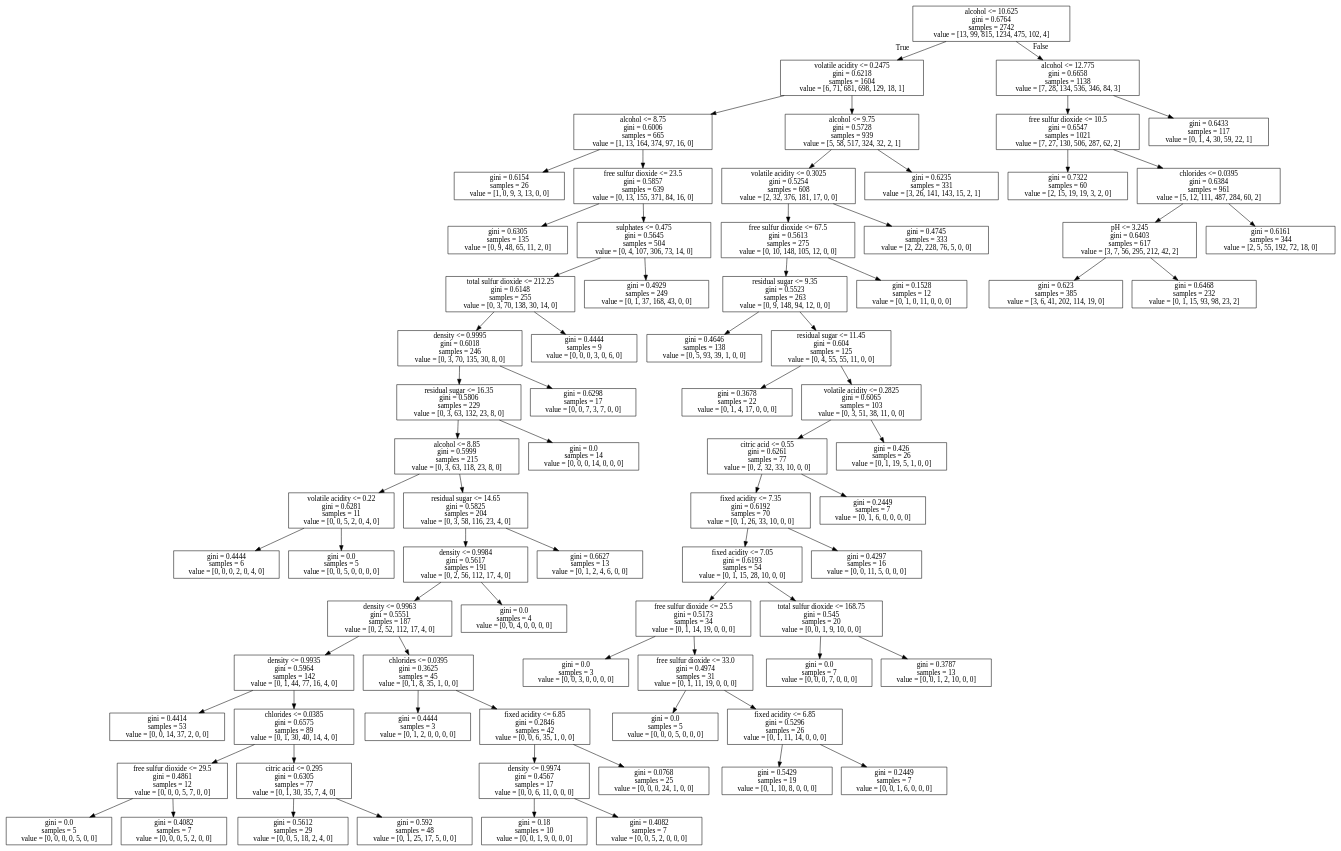
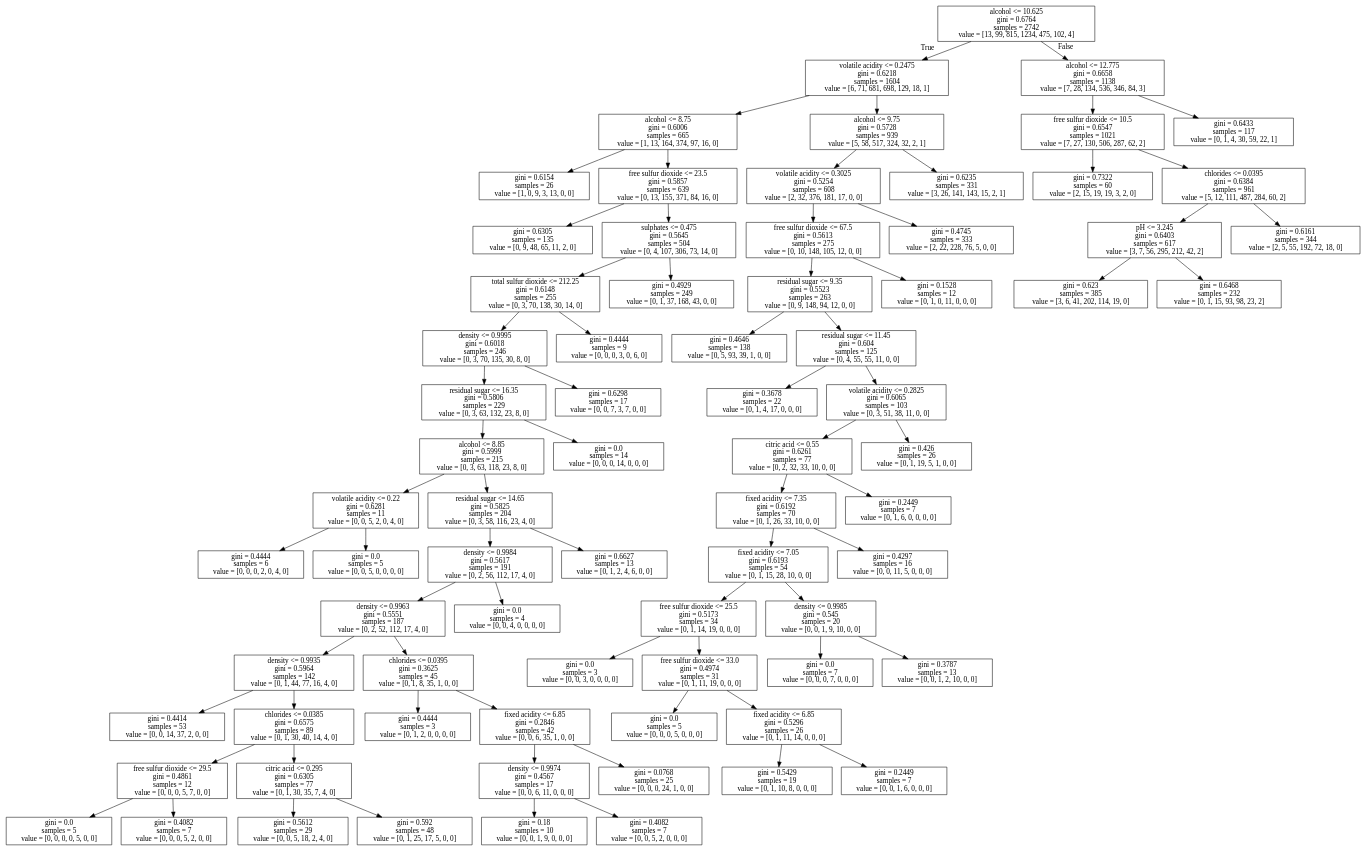
Before and after one commit to mlefkovitz/Supervised-Learning: the diagram in Wine/Wine2pruned.dot, drawn with Graphviz. The commit also changed 95 other files, not shown here.

```diff
--- a/Wine/Wine2pruned.dot
+++ b/Wine/Wine2pruned.dot
@@ -1,152 +1,152 @@
 digraph Tree {
 node [shape=box] ;
 0 [label="alcohol <= 10.625\ngini = 0.6764\nsamples = 2742\nvalue = [13, 99, 815, 1234, 475, 102, 4]"] ;
 1 [label="volatile acidity <= 0.2475\ngini = 0.6218\nsamples = 1604\nvalue = [6, 71, 681, 698, 129, 18, 1]"] ;
 0 -> 1 [labeldistance=2.5, labelangle=45, headlabel="True"] ;
 2 [label="alcohol <= 8.75\ngini = 0.6006\nsamples = 665\nvalue = [1, 13, 164, 374, 97, 16, 0]"] ;
 1 -> 2 ;
 3 [label="gini = 0.6154\nsamples = 26\nvalue = [1, 0, 9, 3, 13, 0, 0]"] ;
 2 -> 3 ;
 16 [label="free sulfur dioxide <= 23.5\ngini = 0.5857\nsamples = 639\nvalue = [0, 13, 155, 371, 84, 16, 0]"] ;
 2 -> 16 ;
 17 [label="gini = 0.6305\nsamples = 135\nvalue = [0, 9, 48, 65, 11, 2, 0]"] ;
 16 -> 17 ;
 102 [label="sulphates <= 0.475\ngini = 0.5645\nsamples = 504\nvalue = [0, 4, 107, 306, 73, 14, 0]"] ;
 16 -> 102 ;
 103 [label="total sulfur dioxide <= 212.25\ngini = 0.6148\nsamples = 255\nvalue = [0, 3, 70, 138, 30, 14, 0]"] ;
 102 -> 103 ;
 104 [label="density <= 0.9995\ngini = 0.6018\nsamples = 246\nvalue = [0, 3, 70, 135, 30, 8, 0]"] ;
 103 -> 104 ;
 105 [label="residual sugar <= 16.35\ngini = 0.5806\nsamples = 229\nvalue = [0, 3, 63, 132, 23, 8, 0]"] ;
 104 -> 105 ;
 106 [label="alcohol <= 8.85\ngini = 0.5999\nsamples = 215\nvalue = [0, 3, 63, 118, 23, 8, 0]"] ;
 105 -> 106 ;
 107 [label="volatile acidity <= 0.22\ngini = 0.6281\nsamples = 11\nvalue = [0, 0, 5, 2, 0, 4, 0]"] ;
 106 -> 107 ;
 108 [label="gini = 0.4444\nsamples = 6\nvalue = [0, 0, 0, 2, 0, 4, 0]"] ;
 107 -> 108 ;
 111 [label="gini = 0.0\nsamples = 5\nvalue = [0, 0, 5, 0, 0, 0, 0]"] ;
 107 -> 111 ;
 112 [label="residual sugar <= 14.65\ngini = 0.5825\nsamples = 204\nvalue = [0, 3, 58, 116, 23, 4, 0]"] ;
 106 -> 112 ;
 113 [label="density <= 0.9984\ngini = 0.5617\nsamples = 191\nvalue = [0, 2, 56, 112, 17, 4, 0]"] ;
 112 -> 113 ;
 114 [label="density <= 0.9963\ngini = 0.5551\nsamples = 187\nvalue = [0, 2, 52, 112, 17, 4, 0]"] ;
 113 -> 114 ;
 115 [label="density <= 0.9935\ngini = 0.5964\nsamples = 142\nvalue = [0, 1, 44, 77, 16, 4, 0]"] ;
 114 -> 115 ;
 116 [label="gini = 0.4414\nsamples = 53\nvalue = [0, 0, 14, 37, 2, 0, 0]"] ;
 115 -> 116 ;
 151 [label="chlorides <= 0.0385\ngini = 0.6575\nsamples = 89\nvalue = [0, 1, 30, 40, 14, 4, 0]"] ;
 115 -> 151 ;
 152 [label="free sulfur dioxide <= 29.5\ngini = 0.4861\nsamples = 12\nvalue = [0, 0, 0, 5, 7, 0, 0]"] ;
 151 -> 152 ;
 153 [label="gini = 0.0\nsamples = 5\nvalue = [0, 0, 0, 0, 5, 0, 0]"] ;
 152 -> 153 ;
 154 [label="gini = 0.4082\nsamples = 7\nvalue = [0, 0, 0, 5, 2, 0, 0]"] ;
 152 -> 154 ;
 159 [label="citric acid <= 0.295\ngini = 0.6305\nsamples = 77\nvalue = [0, 1, 30, 35, 7, 4, 0]"] ;
 151 -> 159 ;
 160 [label="gini = 0.5612\nsamples = 29\nvalue = [0, 0, 5, 18, 2, 4, 0]"] ;
 159 -> 160 ;
 181 [label="gini = 0.592\nsamples = 48\nvalue = [0, 1, 25, 17, 5, 0, 0]"] ;
 159 -> 181 ;
 210 [label="chlorides <= 0.0395\ngini = 0.3625\nsamples = 45\nvalue = [0, 1, 8, 35, 1, 0, 0]"] ;
 114 -> 210 ;
 211 [label="gini = 0.4444\nsamples = 3\nvalue = [0, 1, 2, 0, 0, 0, 0]"] ;
 210 -> 211 ;
 214 [label="fixed acidity <= 6.85\ngini = 0.2846\nsamples = 42\nvalue = [0, 0, 6, 35, 1, 0, 0]"] ;
 210 -> 214 ;
 215 [label="density <= 0.9974\ngini = 0.4567\nsamples = 17\nvalue = [0, 0, 6, 11, 0, 0, 0]"] ;
 214 -> 215 ;
 216 [label="gini = 0.18\nsamples = 10\nvalue = [0, 0, 1, 9, 0, 0, 0]"] ;
 215 -> 216 ;
 221 [label="gini = 0.4082\nsamples = 7\nvalue = [0, 0, 5, 2, 0, 0, 0]"] ;
 215 -> 221 ;
 224 [label="gini = 0.0768\nsamples = 25\nvalue = [0, 0, 0, 24, 1, 0, 0]"] ;
 214 -> 224 ;
 227 [label="gini = 0.0\nsamples = 4\nvalue = [0, 0, 4, 0, 0, 0, 0]"] ;
 113 -> 227 ;
 228 [label="gini = 0.6627\nsamples = 13\nvalue = [0, 1, 2, 4, 6, 0, 0]"] ;
 112 -> 228 ;
 237 [label="gini = 0.0\nsamples = 14\nvalue = [0, 0, 0, 14, 0, 0, 0]"] ;
 105 -> 237 ;
 238 [label="gini = 0.6298\nsamples = 17\nvalue = [0, 0, 7, 3, 7, 0, 0]"] ;
 104 -> 238 ;
 245 [label="gini = 0.4444\nsamples = 9\nvalue = [0, 0, 0, 3, 0, 6, 0]"] ;
 103 -> 245 ;
 248 [label="gini = 0.4929\nsamples = 249\nvalue = [0, 1, 37, 168, 43, 0, 0]"] ;
 102 -> 248 ;
 361 [label="alcohol <= 9.75\ngini = 0.5728\nsamples = 939\nvalue = [5, 58, 517, 324, 32, 2, 1]"] ;
 1 -> 361 ;
 362 [label="volatile acidity <= 0.3025\ngini = 0.5254\nsamples = 608\nvalue = [2, 32, 376, 181, 17, 0, 0]"] ;
 361 -> 362 ;
 363 [label="free sulfur dioxide <= 67.5\ngini = 0.5613\nsamples = 275\nvalue = [0, 10, 148, 105, 12, 0, 0]"] ;
 362 -> 363 ;
 364 [label="residual sugar <= 9.35\ngini = 0.5523\nsamples = 263\nvalue = [0, 9, 148, 94, 12, 0, 0]"] ;
 363 -> 364 ;
 365 [label="gini = 0.4646\nsamples = 138\nvalue = [0, 5, 93, 39, 1, 0, 0]"] ;
 364 -> 365 ;
-420 [label="residual sugar <= 11.45\ngini = 0.604\nsamples = 125\nvalue = [0, 4, 55, 55, 11, 0, 0]"] ;
-364 -> 420 ;
-421 [label="gini = 0.3678\nsamples = 22\nvalue = [0, 1, 4, 17, 0, 0, 0]"] ;
-420 -> 421 ;
-432 [label="volatile acidity <= 0.2825\ngini = 0.6065\nsamples = 103\nvalue = [0, 3, 51, 38, 11, 0, 0]"] ;
-420 -> 432 ;
-433 [label="citric acid <= 0.55\ngini = 0.6261\nsamples = 77\nvalue = [0, 2, 32, 33, 10, 0, 0]"] ;
-432 -> 433 ;
-434 [label="fixed acidity <= 7.35\ngini = 0.6192\nsamples = 70\nvalue = [0, 1, 26, 33, 10, 0, 0]"] ;
-433 -> 434 ;
-435 [label="fixed acidity <= 7.05\ngini = 0.6193\nsamples = 54\nvalue = [0, 1, 15, 28, 10, 0, 0]"] ;
+422 [label="residual sugar <= 11.45\ngini = 0.604\nsamples = 125\nvalue = [0, 4, 55, 55, 11, 0, 0]"] ;
+364 -> 422 ;
+423 [label="gini = 0.3678\nsamples = 22\nvalue = [0, 1, 4, 17, 0, 0, 0]"] ;
+422 -> 423 ;
+434 [label="volatile acidity <= 0.2825\ngini = 0.6065\nsamples = 103\nvalue = [0, 3, 51, 38, 11, 0, 0]"] ;
+422 -> 434 ;
+435 [label="citric acid <= 0.55\ngini = 0.6261\nsamples = 77\nvalue = [0, 2, 32, 33, 10, 0, 0]"] ;
 434 -> 435 ;
-436 [label="free sulfur dioxide <= 25.5\ngini = 0.5173\nsamples = 34\nvalue = [0, 1, 14, 19, 0, 0, 0]"] ;
+436 [label="fixed acidity <= 7.35\ngini = 0.6192\nsamples = 70\nvalue = [0, 1, 26, 33, 10, 0, 0]"] ;
 435 -> 436 ;
-437 [label="gini = 0.0\nsamples = 3\nvalue = [0, 0, 3, 0, 0, 0, 0]"] ;
+437 [label="fixed acidity <= 7.05\ngini = 0.6193\nsamples = 54\nvalue = [0, 1, 15, 28, 10, 0, 0]"] ;
 436 -> 437 ;
-438 [label="free sulfur dioxide <= 33.0\ngini = 0.4974\nsamples = 31\nvalue = [0, 1, 11, 19, 0, 0, 0]"] ;
-436 -> 438 ;
-439 [label="gini = 0.0\nsamples = 5\nvalue = [0, 0, 0, 5, 0, 0, 0]"] ;
+438 [label="free sulfur dioxide <= 25.5\ngini = 0.5173\nsamples = 34\nvalue = [0, 1, 14, 19, 0, 0, 0]"] ;
+437 -> 438 ;
+439 [label="gini = 0.0\nsamples = 3\nvalue = [0, 0, 3, 0, 0, 0, 0]"] ;
 438 -> 439 ;
-440 [label="fixed acidity <= 6.85\ngini = 0.5296\nsamples = 26\nvalue = [0, 1, 11, 14, 0, 0, 0]"] ;
+440 [label="free sulfur dioxide <= 33.0\ngini = 0.4974\nsamples = 31\nvalue = [0, 1, 11, 19, 0, 0, 0]"] ;
 438 -> 440 ;
-441 [label="gini = 0.5429\nsamples = 19\nvalue = [0, 1, 10, 8, 0, 0, 0]"] ;
+441 [label="gini = 0.0\nsamples = 5\nvalue = [0, 0, 0, 5, 0, 0, 0]"] ;
 440 -> 441 ;
-454 [label="gini = 0.2449\nsamples = 7\nvalue = [0, 0, 1, 6, 0, 0, 0]"] ;
-440 -> 454 ;
-457 [label="total sulfur dioxide <= 168.75\ngini = 0.545\nsamples = 20\nvalue = [0, 0, 1, 9, 10, 0, 0]"] ;
-435 -> 457 ;
-458 [label="gini = 0.0\nsamples = 7\nvalue = [0, 0, 0, 7, 0, 0, 0]"] ;
-457 -> 458 ;
-459 [label="gini = 0.3787\nsamples = 13\nvalue = [0, 0, 1, 2, 10, 0, 0]"] ;
-457 -> 459 ;
-464 [label="gini = 0.4297\nsamples = 16\nvalue = [0, 0, 11, 5, 0, 0, 0]"] ;
-434 -> 464 ;
-469 [label="gini = 0.2449\nsamples = 7\nvalue = [0, 1, 6, 0, 0, 0, 0]"] ;
-433 -> 469 ;
-472 [label="gini = 0.426\nsamples = 26\nvalue = [0, 1, 19, 5, 1, 0, 0]"] ;
-432 -> 472 ;
-485 [label="gini = 0.1528\nsamples = 12\nvalue = [0, 1, 0, 11, 0, 0, 0]"] ;
-363 -> 485 ;
-488 [label="gini = 0.4745\nsamples = 333\nvalue = [2, 22, 228, 76, 5, 0, 0]"] ;
-362 -> 488 ;
-645 [label="gini = 0.6235\nsamples = 331\nvalue = [3, 26, 141, 143, 15, 2, 1]"] ;
-361 -> 645 ;
-850 [label="alcohol <= 12.775\ngini = 0.6658\nsamples = 1138\nvalue = [7, 28, 134, 536, 346, 84, 3]"] ;
-0 -> 850 [labeldistance=2.5, labelangle=-45, headlabel="False"] ;
-851 [label="free sulfur dioxide <= 10.5\ngini = 0.6547\nsamples = 1021\nvalue = [7, 27, 130, 506, 287, 62, 2]"] ;
-850 -> 851 ;
-852 [label="gini = 0.7322\nsamples = 60\nvalue = [2, 15, 19, 19, 3, 2, 0]"] ;
-851 -> 852 ;
-897 [label="chlorides <= 0.0395\ngini = 0.6384\nsamples = 961\nvalue = [5, 12, 111, 487, 284, 60, 2]"] ;
-851 -> 897 ;
-898 [label="pH <= 3.245\ngini = 0.6403\nsamples = 617\nvalue = [3, 7, 56, 295, 212, 42, 2]"] ;
-897 -> 898 ;
-899 [label="gini = 0.623\nsamples = 385\nvalue = [3, 6, 41, 202, 114, 19, 0]"] ;
-898 -> 899 ;
-1132 [label="gini = 0.6468\nsamples = 232\nvalue = [0, 1, 15, 93, 98, 23, 2]"] ;
-898 -> 1132 ;
-1289 [label="gini = 0.6161\nsamples = 344\nvalue = [2, 5, 55, 192, 72, 18, 0]"] ;
-897 -> 1289 ;
-1494 [label="gini = 0.6433\nsamples = 117\nvalue = [0, 1, 4, 30, 59, 22, 1]"] ;
-850 -> 1494 ;
+442 [label="fixed acidity <= 6.85\ngini = 0.5296\nsamples = 26\nvalue = [0, 1, 11, 14, 0, 0, 0]"] ;
+440 -> 442 ;
+443 [label="gini = 0.5429\nsamples = 19\nvalue = [0, 1, 10, 8, 0, 0, 0]"] ;
+442 -> 443 ;
+456 [label="gini = 0.2449\nsamples = 7\nvalue = [0, 0, 1, 6, 0, 0, 0]"] ;
+442 -> 456 ;
+459 [label="density <= 0.9985\ngini = 0.545\nsamples = 20\nvalue = [0, 0, 1, 9, 10, 0, 0]"] ;
+437 -> 459 ;
+460 [label="gini = 0.0\nsamples = 7\nvalue = [0, 0, 0, 7, 0, 0, 0]"] ;
+459 -> 460 ;
+461 [label="gini = 0.3787\nsamples = 13\nvalue = [0, 0, 1, 2, 10, 0, 0]"] ;
+459 -> 461 ;
+466 [label="gini = 0.4297\nsamples = 16\nvalue = [0, 0, 11, 5, 0, 0, 0]"] ;
+436 -> 466 ;
+471 [label="gini = 0.2449\nsamples = 7\nvalue = [0, 1, 6, 0, 0, 0, 0]"] ;
+435 -> 471 ;
+474 [label="gini = 0.426\nsamples = 26\nvalue = [0, 1, 19, 5, 1, 0, 0]"] ;
+434 -> 474 ;
+487 [label="gini = 0.1528\nsamples = 12\nvalue = [0, 1, 0, 11, 0, 0, 0]"] ;
+363 -> 487 ;
+490 [label="gini = 0.4745\nsamples = 333\nvalue = [2, 22, 228, 76, 5, 0, 0]"] ;
+362 -> 490 ;
+649 [label="gini = 0.6235\nsamples = 331\nvalue = [3, 26, 141, 143, 15, 2, 1]"] ;
+361 -> 649 ;
+858 [label="alcohol <= 12.775\ngini = 0.6658\nsamples = 1138\nvalue = [7, 28, 134, 536, 346, 84, 3]"] ;
+0 -> 858 [labeldistance=2.5, labelangle=-45, headlabel="False"] ;
+859 [label="free sulfur dioxide <= 10.5\ngini = 0.6547\nsamples = 1021\nvalue = [7, 27, 130, 506, 287, 62, 2]"] ;
+858 -> 859 ;
+860 [label="gini = 0.7322\nsamples = 60\nvalue = [2, 15, 19, 19, 3, 2, 0]"] ;
+859 -> 860 ;
+905 [label="chlorides <= 0.0395\ngini = 0.6384\nsamples = 961\nvalue = [5, 12, 111, 487, 284, 60, 2]"] ;
+859 -> 905 ;
+906 [label="pH <= 3.245\ngini = 0.6403\nsamples = 617\nvalue = [3, 7, 56, 295, 212, 42, 2]"] ;
+905 -> 906 ;
+907 [label="gini = 0.623\nsamples = 385\nvalue = [3, 6, 41, 202, 114, 19, 0]"] ;
+906 -> 907 ;
+1140 [label="gini = 0.6468\nsamples = 232\nvalue = [0, 1, 15, 93, 98, 23, 2]"] ;
+906 -> 1140 ;
+1297 [label="gini = 0.6161\nsamples = 344\nvalue = [2, 5, 55, 192, 72, 18, 0]"] ;
+905 -> 1297 ;
+1502 [label="gini = 0.6433\nsamples = 117\nvalue = [0, 1, 4, 30, 59, 22, 1]"] ;
+858 -> 1502 ;
 }
```
